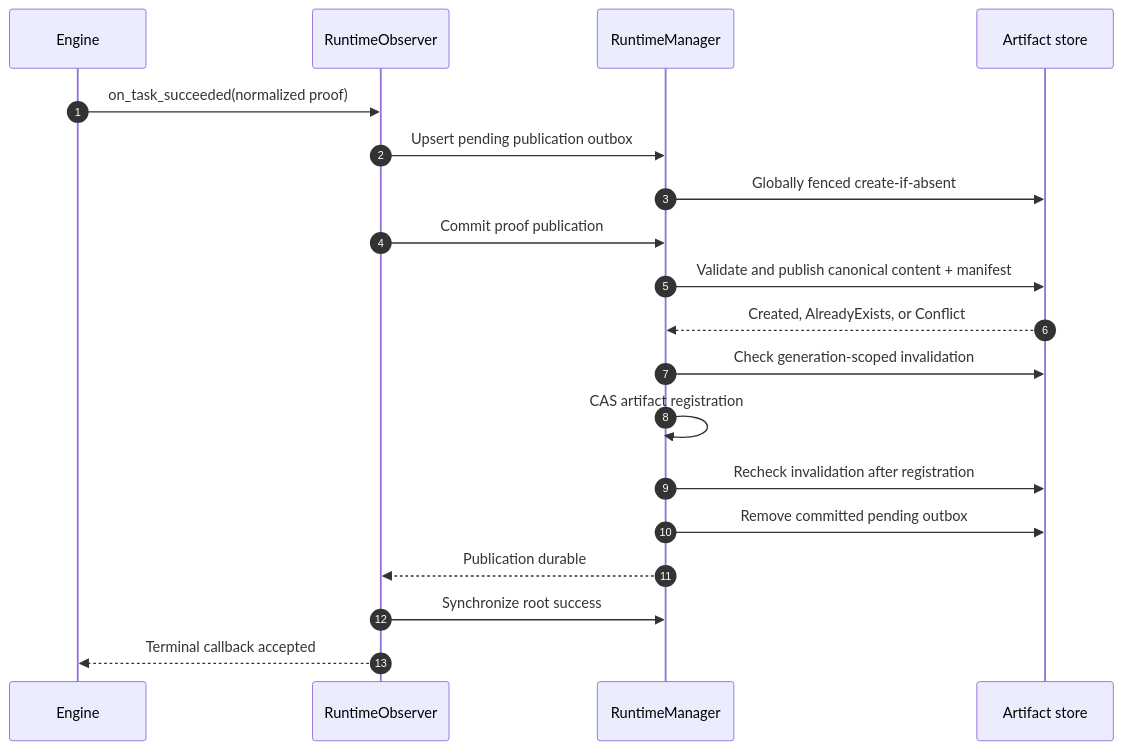
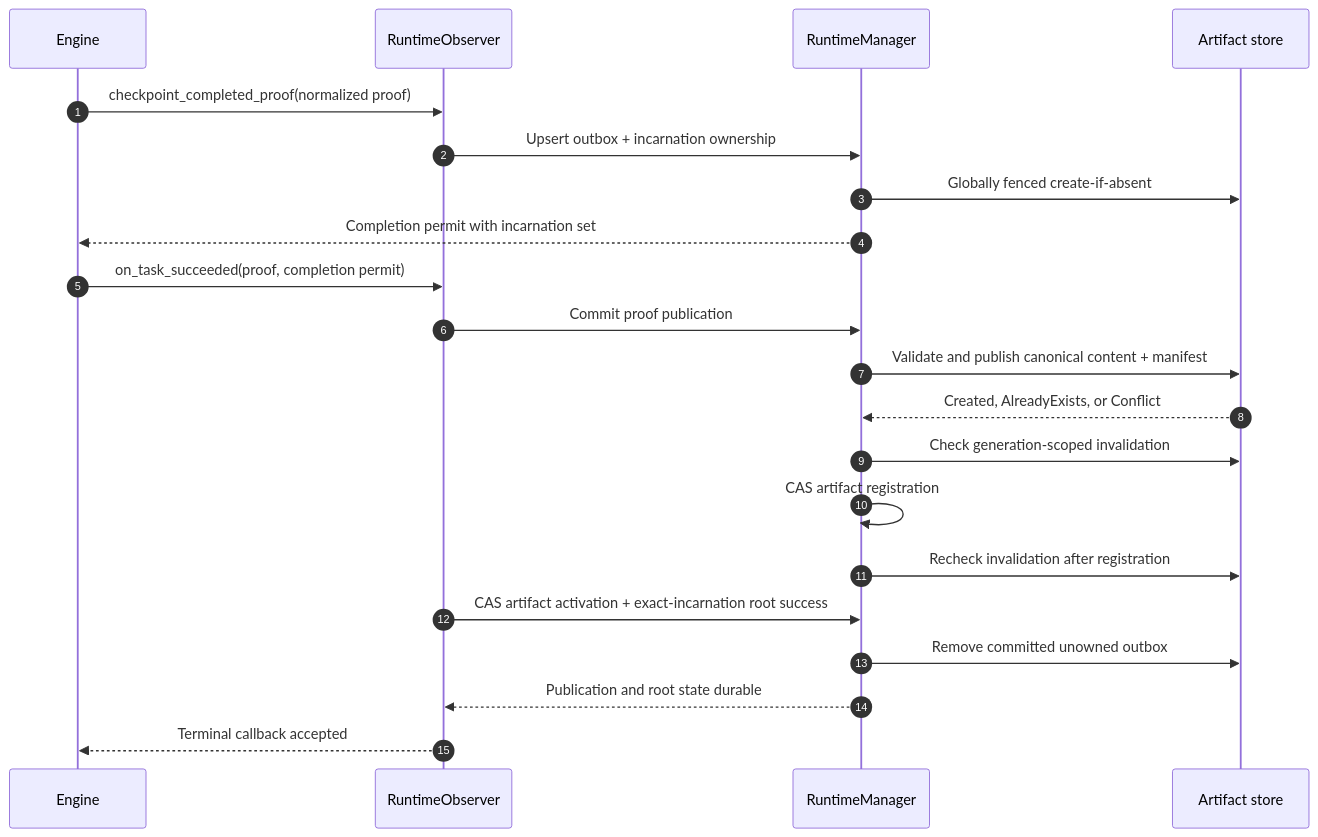
The fifth of 10 diagrams in docs/architecture.md (taikoxyz/raiko2), drawn with Mermaid before and after one commit. The commit also changed other lines of this file and 32 other files, not shown here.

First line of the commit message:
fix(runtime): enforce global proof publication invariants

````diff
--- a/docs/architecture.md
+++ b/docs/architecture.md
@@ -219,22 +253,24 @@
 ```mermaid
 sequenceDiagram
   autonumber
   participant Engine
   participant Observer as RuntimeObserver
   participant Runtime as RuntimeManager
   participant Store as Artifact store
 
-  Engine->>Observer: on_task_succeeded(normalized proof)
-  Observer->>Runtime: Upsert pending publication outbox
+  Engine->>Observer: checkpoint_completed_proof(normalized proof)
+  Observer->>Runtime: Upsert outbox + incarnation ownership
   Runtime->>Store: Globally fenced create-if-absent
+  Runtime-->>Engine: Completion permit with incarnation set
+  Engine->>Observer: on_task_succeeded(proof, completion permit)
   Observer->>Runtime: Commit proof publication
   Runtime->>Store: Validate and publish canonical content + manifest
   Store-->>Runtime: Created, AlreadyExists, or Conflict
   Runtime->>Store: Check generation-scoped invalidation
   Runtime->>Runtime: CAS artifact registration
   Runtime->>Store: Recheck invalidation after registration
-  Runtime->>Store: Remove committed pending outbox
-  Runtime-->>Observer: Publication durable
-  Observer->>Runtime: Synchronize root success
+  Observer->>Runtime: CAS artifact activation + exact-incarnation root success
+  Runtime->>Store: Remove committed unowned outbox
+  Runtime-->>Observer: Publication and root state durable
   Observer-->>Engine: Terminal callback accepted
 ```
````
